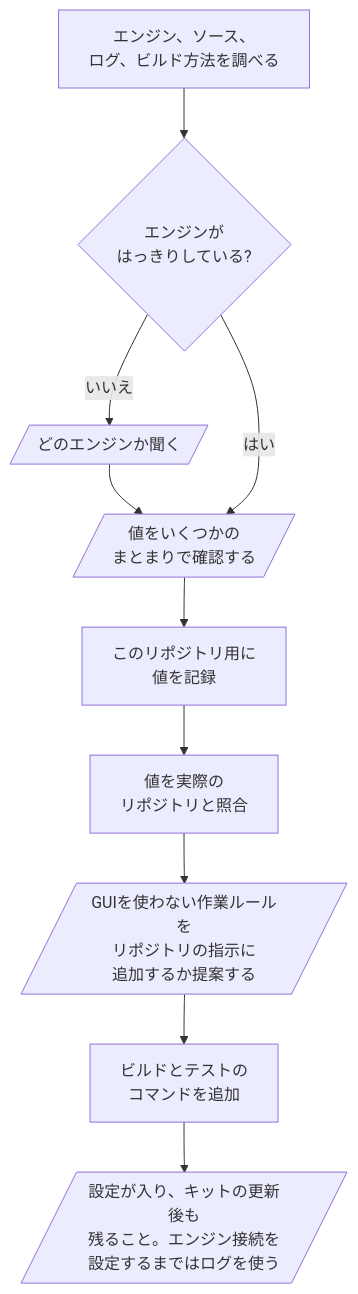
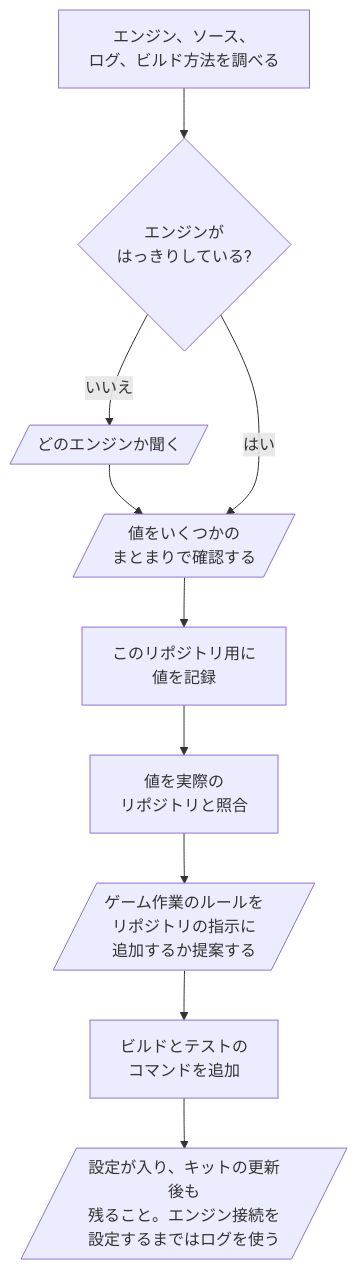
One commit to omni-stove/skill-kit changed the diagram in domains/game/skills/setup/README.ja.md. Above: the diagram before and after it, drawn with Mermaid. The commit also changed 23 other files, not shown here.

````diff
--- a/domains/game/skills/setup/README.ja.md
+++ b/domains/game/skills/setup/README.ja.md
@@ -3,13 +3,13 @@
 ```mermaid
 flowchart TD
   detect[エンジン、ソース、<br/>ログ、ビルド方法を調べる]
   detect --> clear{エンジンが<br/>はっきりしている?}
   clear -- "いいえ" --> which[/どのエンジンか聞く/]
   which --> values
   clear -- "はい" --> values[/値をいくつかの<br/>まとまりで確認する/]
   values --> write[このリポジトリ用に<br/>値を記録]
   write --> verify[値を実際の<br/>リポジトリと照合]
-  verify --> rule[/"GUIを使わない作業ルールを<br/>リポジトリの指示に<br/>追加するか提案する"/]
+  verify --> rule[/"ゲーム作業のルールを<br/>リポジトリの指示に<br/>追加するか提案する"/]
   rule --> tasks[ビルドとテストの<br/>コマンドを追加]
   tasks --> report[/"設定が入り、キットの更新後も<br/>残ること。エンジン接続を<br/>設定するまではログを使う"/]
 ```
````
